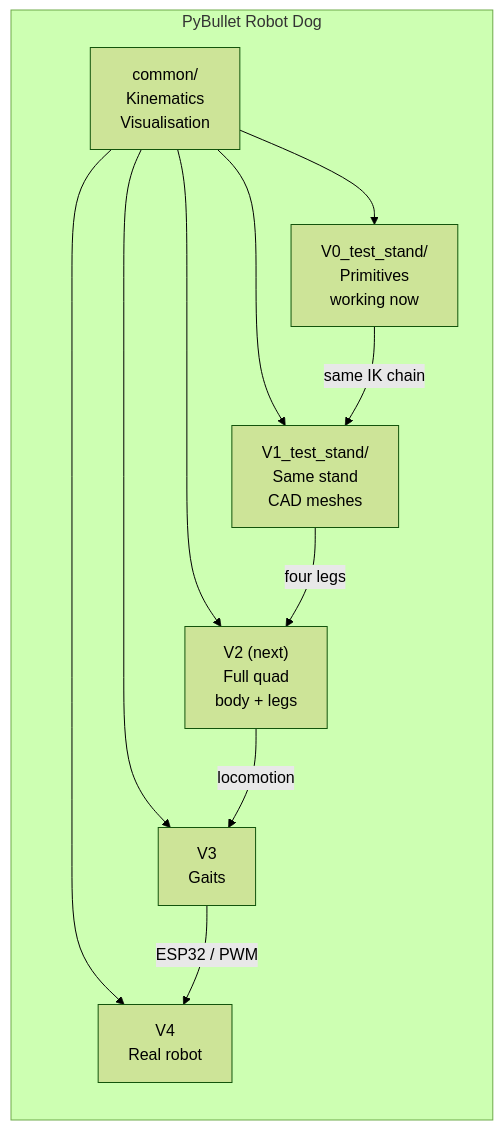
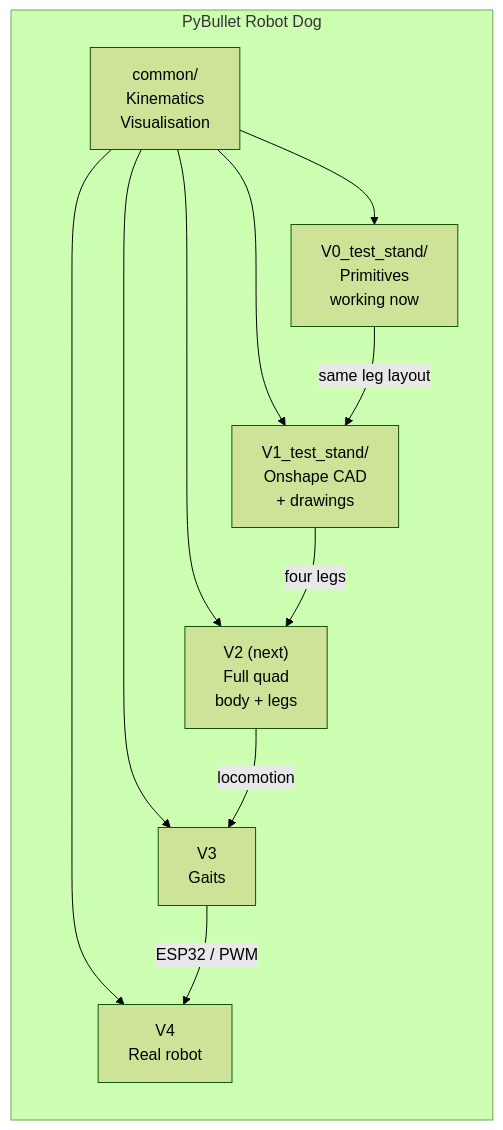
The first of 5 diagrams in README.md (rubencg195/pybullet-robot-dog), drawn with Mermaid (forest theme) before and after one commit. The commit also changed other lines of this file, not shown here.

First line of the commit message:
Docs: clarify V1 is CAD-only, V0 is the working sim

````diff
--- a/README.md
+++ b/README.md
@@ -67,20 +67,20 @@
 ```mermaid
 flowchart LR
   subgraph project["PyBullet Robot Dog"]
     COMMON["common/\nKinematics\nVisualisation"]
     V0["V0_test_stand/\nPrimitives\nworking now"]
-    V1["V1_test_stand/\nSame stand\nCAD meshes"]
+    V1["V1_test_stand/\nOnshape CAD\n+ drawings"]
     V2["V2 (next)\nFull quad\nbody + legs"]
     V3["V3\nGaits"]
     V4["V4\nReal robot"]
   end
   COMMON --> V0
   COMMON --> V1
   COMMON --> V2
   COMMON --> V3
   COMMON --> V4
-  V0 -->|"same IK chain"| V1
+  V0 -->|"same leg layout"| V1
   V1 -->|"four legs"| V2
   V2 -->|"locomotion"| V3
   V3 -->|"ESP32 / PWM"| V4
 ```
````
